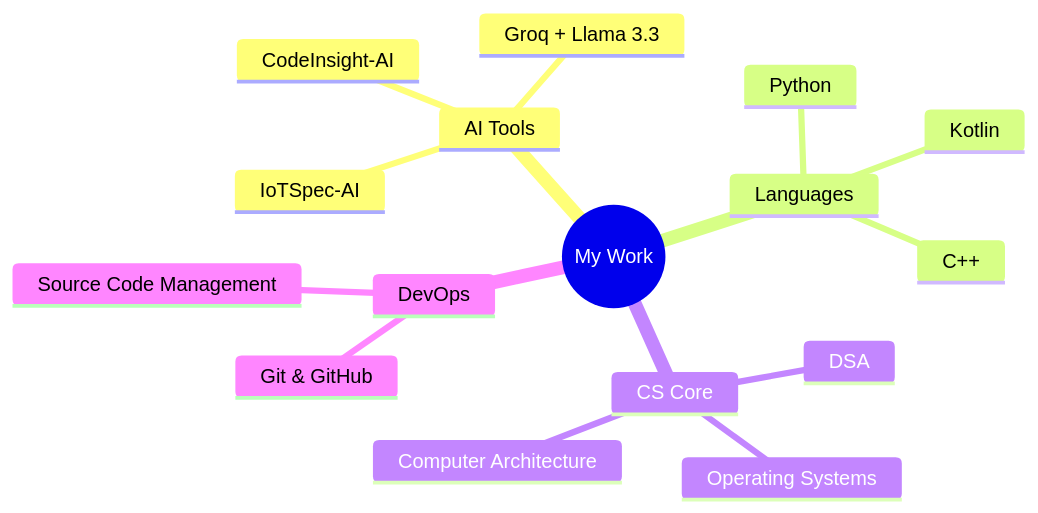
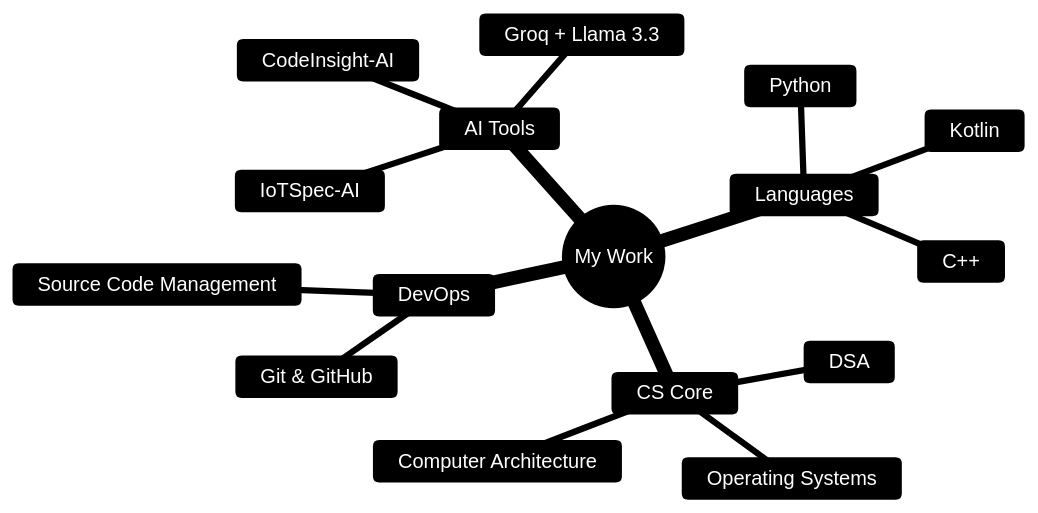
One commit to Mahnoor-Farrukh/Mahnoor-Farrukh changed the first of 2 diagrams in README.md. Above: the diagram before and after it, drawn with Mermaid. The commit also changed other lines of this file, not shown here.

Commit message:
Redesign profile with dino theme

````diff
--- a/README.md
+++ b/README.md
@@ -65,19 +64,20 @@
 ```mermaid
+%%{init: {'theme': 'base', 'themeVariables': {'primaryColor': '#14532D', 'primaryTextColor': '#FFFFFF', 'primaryBorderColor': '#74C69D', 'lineColor': '#40916C', 'secondaryColor': '#1B4332', 'tertiaryColor': '#081C15'}}}%%
 mindmap
   root((My Work))
     AI Tools
       IoTSpec-AI
       CodeInsight-AI
       Groq + Llama 3.3
     Languages
       Python
       Kotlin
       C++
     CS Core
       DSA
       Operating Systems
       Computer Architecture
     DevOps
       Git & GitHub
       Source Code Management
 ```
````
